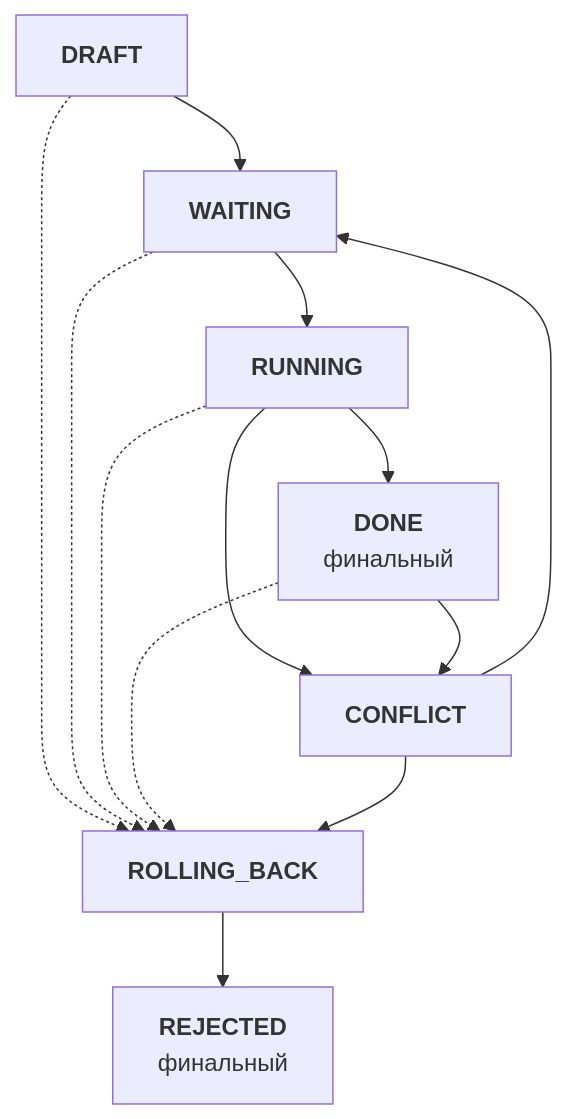
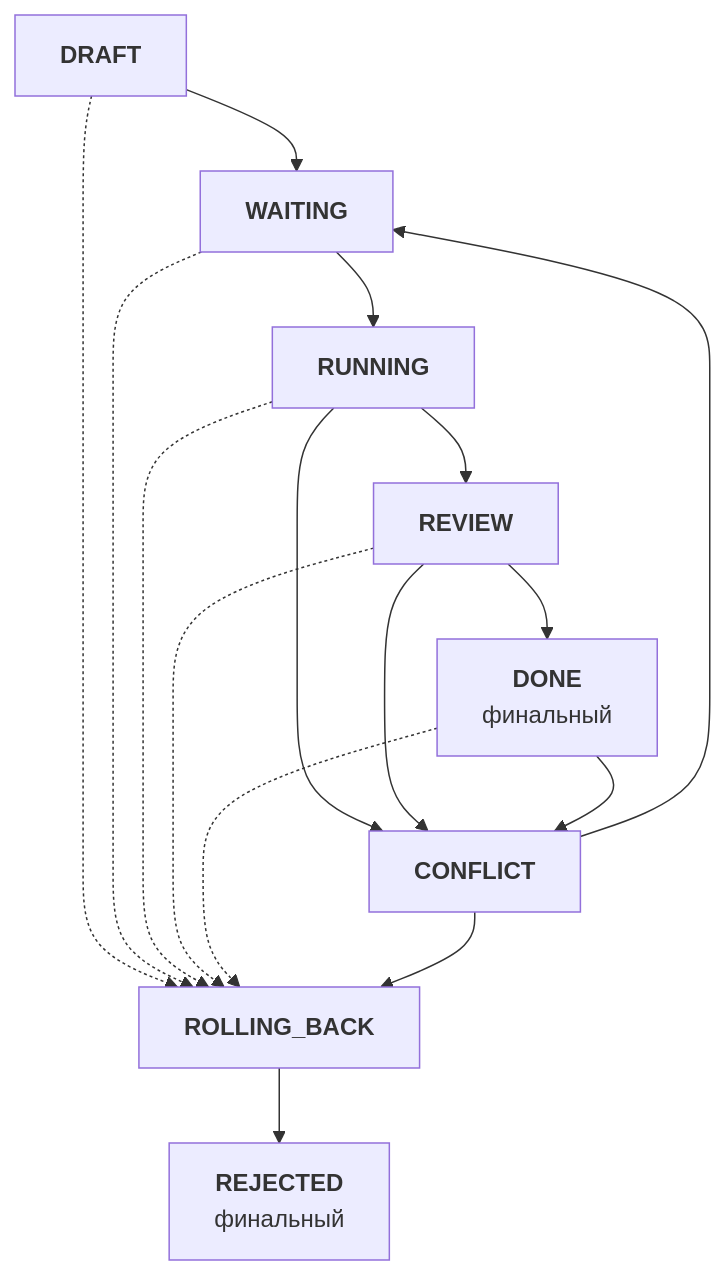
Before and after one commit to NSEvteev/FullSpec: the second of 6 diagrams in specs/.instructions/analysis/standard-analysis.md, drawn with Mermaid. The commit also changed other lines of this file and 66 other files, not shown here.

````diff
--- a/specs/.instructions/analysis/standard-analysis.md
+++ b/specs/.instructions/analysis/standard-analysis.md
@@ -358,29 +369,34 @@
 ```mermaid
 graph TD
     DRAFT["<b>DRAFT</b>"]
     WAITING["<b>WAITING</b>"]
     RUNNING["<b>RUNNING</b>"]
+    REVIEW["<b>REVIEW</b>"]
     DONE["<b>DONE</b>
     финальный"]
     CONFLICT["<b>CONFLICT</b>"]
     ROLLING_BACK["<b>ROLLING_BACK</b>"]
     REJECTED["<b>REJECTED</b>
     финальный"]
 
     DRAFT --> WAITING
     DRAFT -.-> ROLLING_BACK
     WAITING --> RUNNING
     WAITING -.-> ROLLING_BACK
 
-    RUNNING --> DONE
+    RUNNING --> REVIEW
     RUNNING --> CONFLICT
     RUNNING -.-> ROLLING_BACK
+
+    REVIEW --> DONE
+    REVIEW --> CONFLICT
+    REVIEW -.-> ROLLING_BACK
 
     DONE ~~~ CONFLICT
     DONE --> CONFLICT
     DONE -.-> ROLLING_BACK
     CONFLICT --> WAITING
     CONFLICT --> ROLLING_BACK
 
     ROLLING_BACK --> REJECTED
 ```
````
